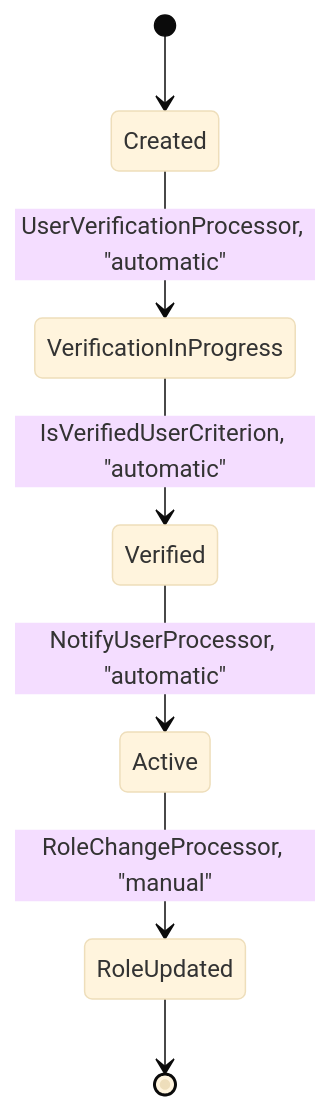
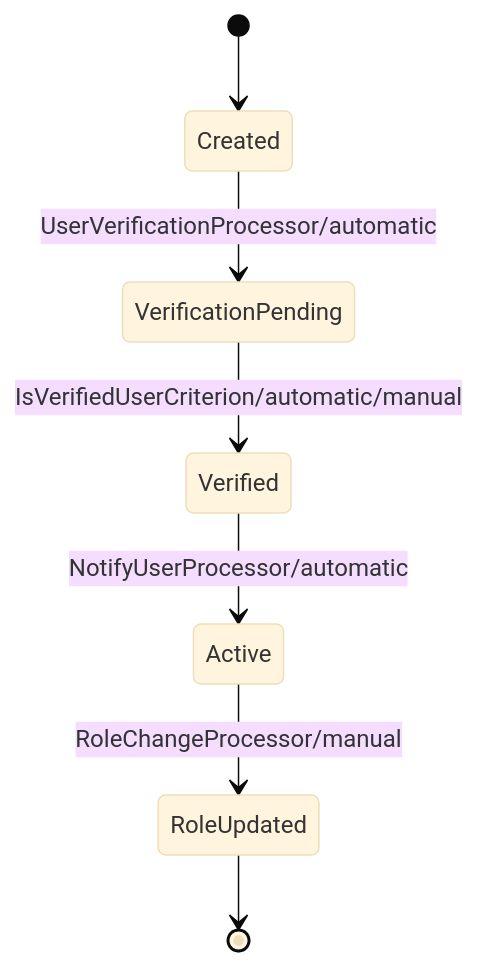
One commit to Cyoda-platform/java-client-template changed the second of 3 diagrams in src/main/java/com/java_template/prototype/functional_requirement.md. Above: the diagram before and after it, drawn with Mermaid (base theme). The commit also changed other lines of this file, not shown here.

````diff
--- a/src/main/java/com/java_template/prototype/functional_requirement.md
+++ b/src/main/java/com/java_template/prototype/functional_requirement.md
@@ -68,9 +131,9 @@
 ```mermaid
 stateDiagram-v2
     [*] --> Created
-    Created --> VerificationInProgress : UserVerificationProcessor, "automatic"
-    VerificationInProgress --> Verified : IsVerifiedUserCriterion, "automatic"
-    Verified --> Active : NotifyUserProcessor, "automatic"
-    Active --> RoleUpdated : RoleChangeProcessor, "manual"
+    Created --> VerificationPending : UserVerificationProcessor/automatic
+    VerificationPending --> Verified : IsVerifiedUserCriterion/automatic/manual
+    Verified --> Active : NotifyUserProcessor/automatic
+    Active --> RoleUpdated : RoleChangeProcessor/manual
     RoleUpdated --> [*]
 ```
````
